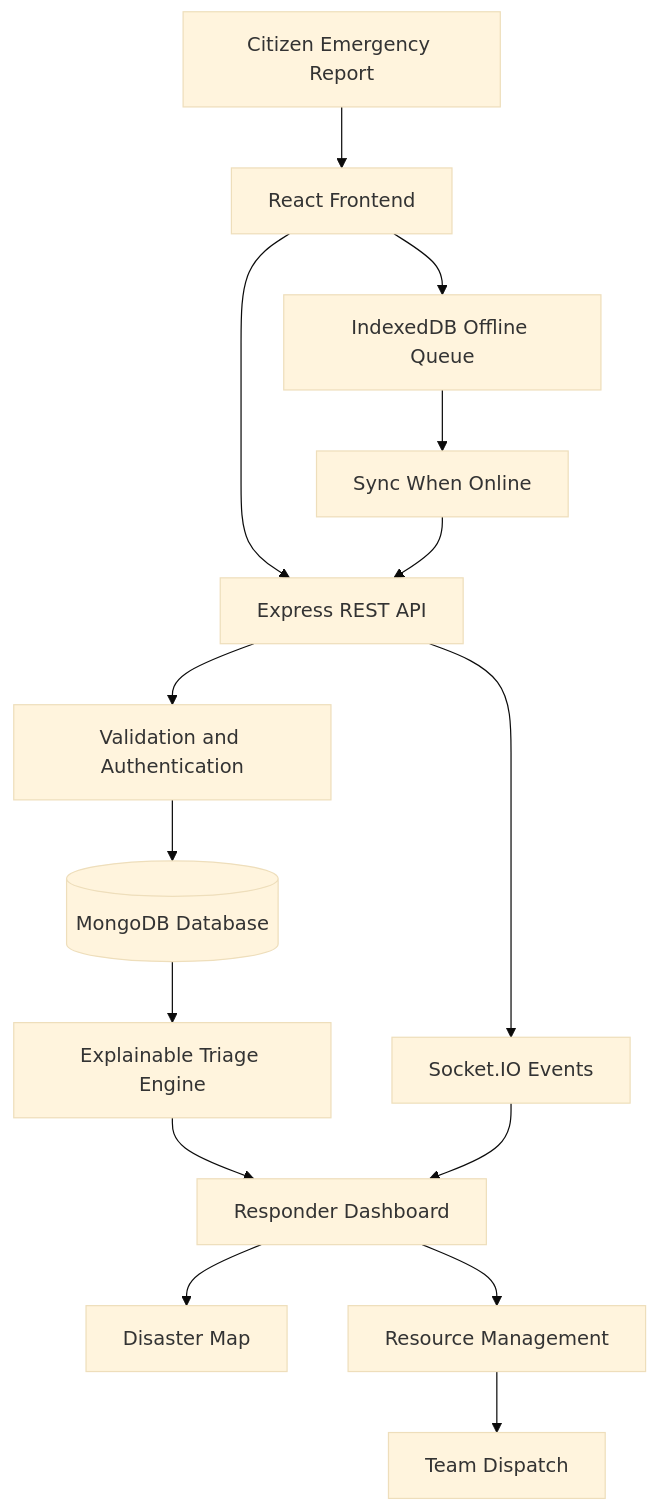
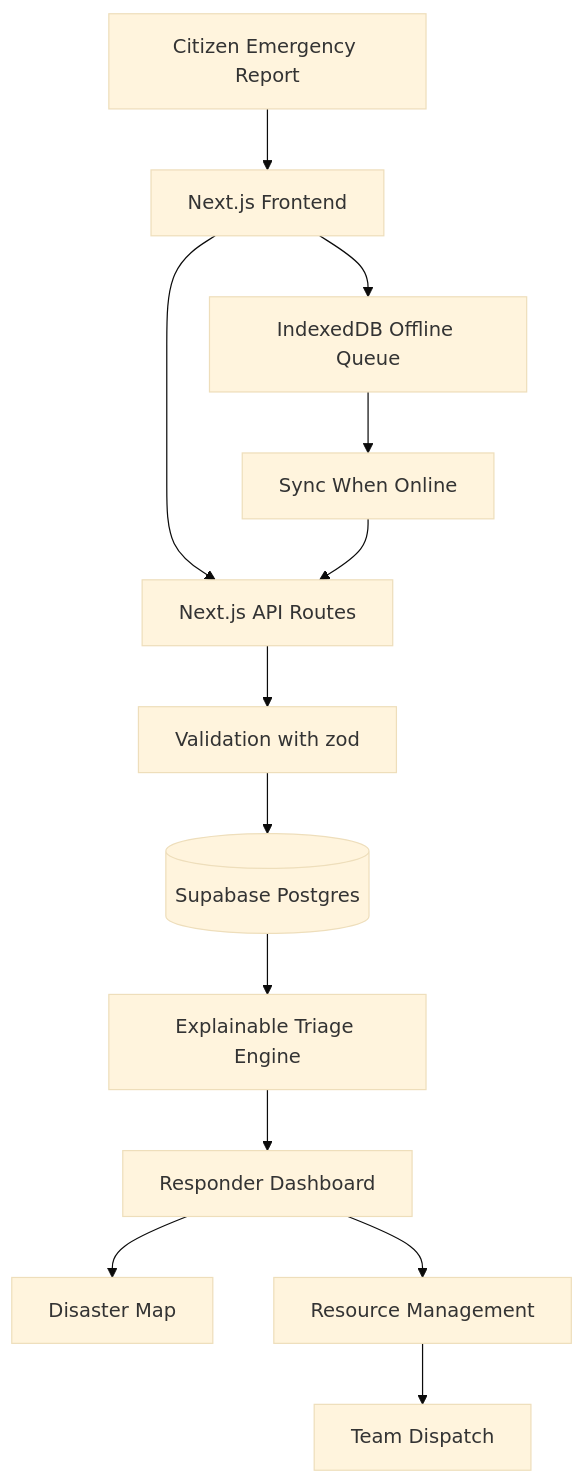
Before and after one commit to Azfarmoin/VYRA-Intelligent-Disaster-Respons: the first of 2 diagrams in README.md, drawn with Mermaid (base theme). The commit also changed other lines of this file and 79 other files, not shown here.

````diff
--- a/README.md
+++ b/README.md
@@ -77,17 +100,15 @@
 ```mermaid
 flowchart TD
-    A[Citizen Emergency Report] --> B[React Frontend]
-    B --> C[Express REST API]
-    C --> D[Validation and Authentication]
-    D --> E[(MongoDB Database)]
+    A[Citizen Emergency Report] --> B[Next.js Frontend]
+    B --> C[Next.js API Routes]
+    C --> D[Validation with zod]
+    D --> E[(Supabase Postgres)]
     E --> F[Explainable Triage Engine]
     F --> G[Responder Dashboard]
     G --> H[Disaster Map]
     G --> I[Resource Management]
     I --> J[Team Dispatch]
-    C --> K[Socket.IO Events]
-    K --> G
     B --> L[IndexedDB Offline Queue]
     L --> M[Sync When Online]
     M --> C
 ```
````
